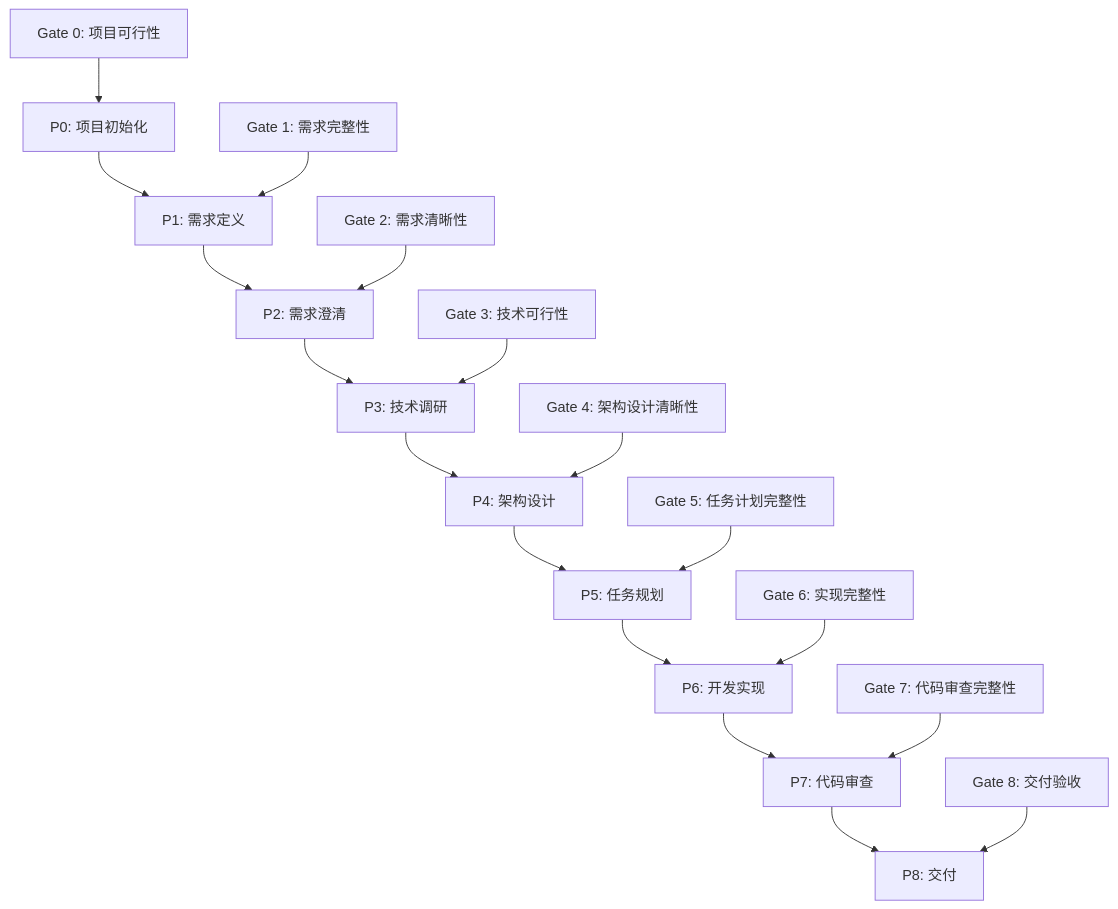
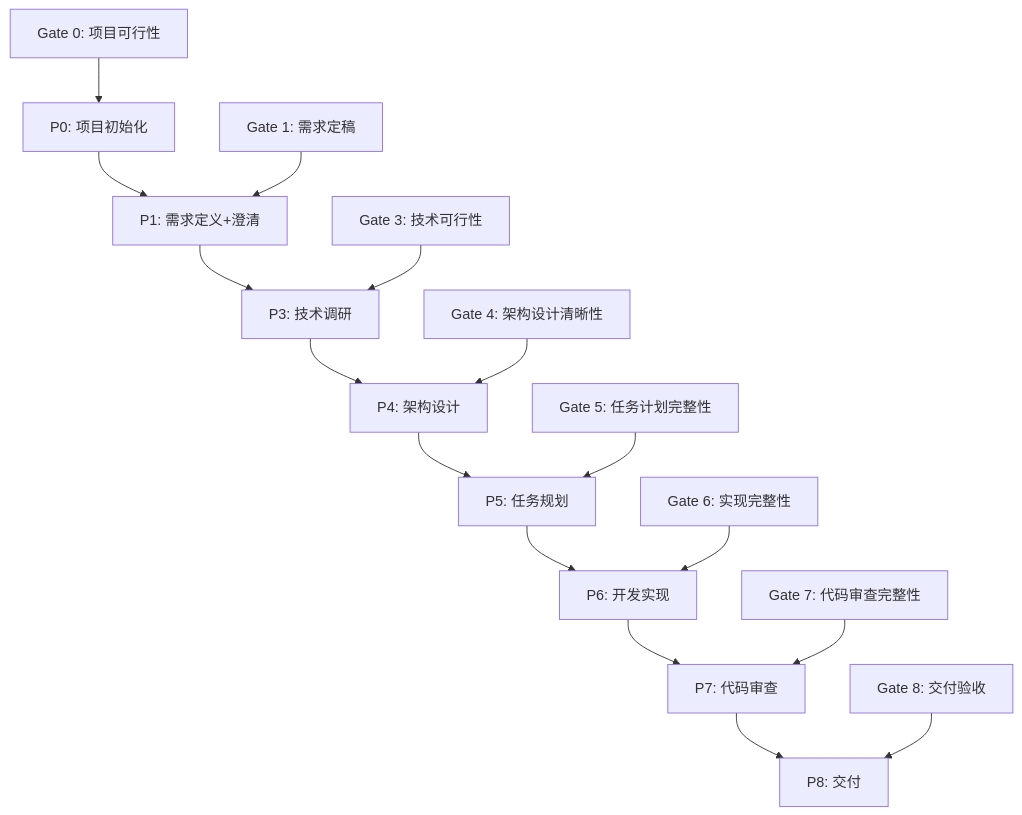
Before and after one commit to chenchiyuan/powerby-skills: the first of 2 diagrams in docs/powerby-workflow-complete-guide.md, drawn with Mermaid. The commit also changed other lines of this file and 1 other file, not shown here.

````diff
--- a/docs/powerby-workflow-complete-guide.md
+++ b/docs/powerby-workflow-complete-guide.md
@@ -155,21 +157,19 @@
 ```mermaid
 graph TD
-    P0[P0: 项目初始化] --> P1[P1: 需求定义]
-    P1 --> P2[P2: 需求澄清]
-    P2 --> P3[P3: 技术调研]
+    P0[P0: 项目初始化] --> P1[P1: 需求定义+澄清]
+    P1 --> P3[P3: 技术调研]
     P3 --> P4[P4: 架构设计]
     P4 --> P5[P5: 任务规划]
     P5 --> P6[P6: 开发实现]
     P6 --> P7[P7: 代码审查]
     P7 --> P8[P8: 交付]
 
     Gate0[Gate 0: 项目可行性] --> P0
-    Gate1[Gate 1: 需求完整性] --> P1
-    Gate2[Gate 2: 需求清晰性] --> P2
+    Gate1[Gate 1: 需求定稿] --> P1
     Gate3[Gate 3: 技术可行性] --> P3
     Gate4[Gate 4: 架构设计清晰性] --> P4
     Gate5[Gate 5: 任务计划完整性] --> P5
     Gate6[Gate 6: 实现完整性] --> P6
     Gate7[Gate 7: 代码审查完整性] --> P7
     Gate8[Gate 8: 交付验收] --> P8
 ```
````
